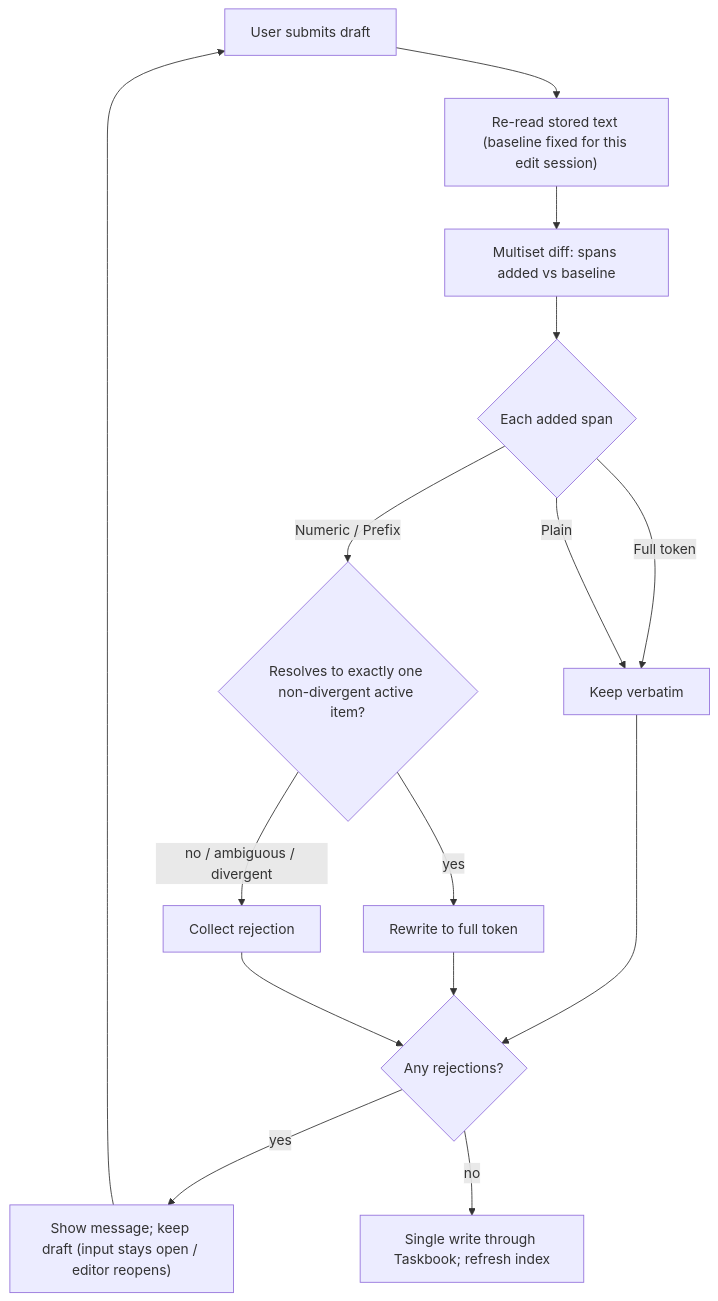
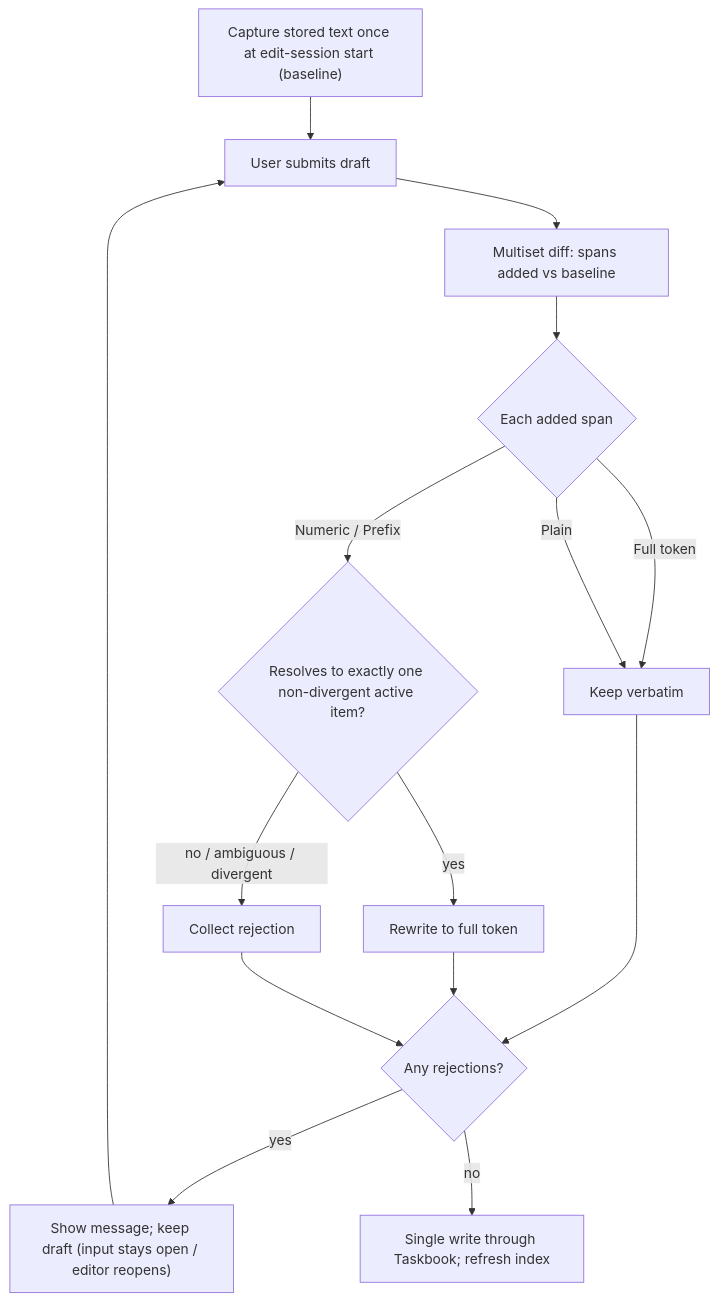
Before and after one commit to alycda/taskbook: the fourth of 4 diagrams in docs/plans/2026-10-21-2154-feat-backlinks-plan.md, drawn with Mermaid. The commit also changed other lines of this file, not shown here.

Commit message:
docs(backlinks): capture the edit baseline once per session
KTD7, U6 and the save-path diagram disagreed on when the baseline is read;
a save-time re-read could reclassify spans synced mid-edit. Review: coherence.

Claude-Session: https://claude.ai/code/session_01ATtYfxsHkkaRLf94U8Mzmw

````diff
--- a/docs/plans/2026-10-21-2154-feat-backlinks-plan.md
+++ b/docs/plans/2026-10-21-2154-feat-backlinks-plan.md
@@ -250,17 +250,17 @@
 ```mermaid
 flowchart TB
-  S["User submits draft"] --> B["Re-read stored text (baseline fixed for this edit session)"]
-  B --> D["Multiset diff: spans added vs baseline"]
+  B["Capture stored text once at edit-session start (baseline)"] --> S["User submits draft"]
+  S --> D["Multiset diff: spans added vs baseline"]
   D --> C{"Each added span"}
   C -- "Full token" --> K["Keep verbatim"]
   C -- "Plain" --> K
   C -- "Numeric / Prefix" --> R{"Resolves to exactly one non-divergent active item?"}
   R -- yes --> W["Rewrite to full token"]
   R -- "no / ambiguous / divergent" --> X["Collect rejection"]
   K --> E{"Any rejections?"}
   W --> E
   X --> E
   E -- yes --> KEEP["Show message; keep draft (input stays open / editor reopens)"]
   KEEP --> S
   E -- no --> SAVE["Single write through Taskbook; refresh index"]
 ```
````
